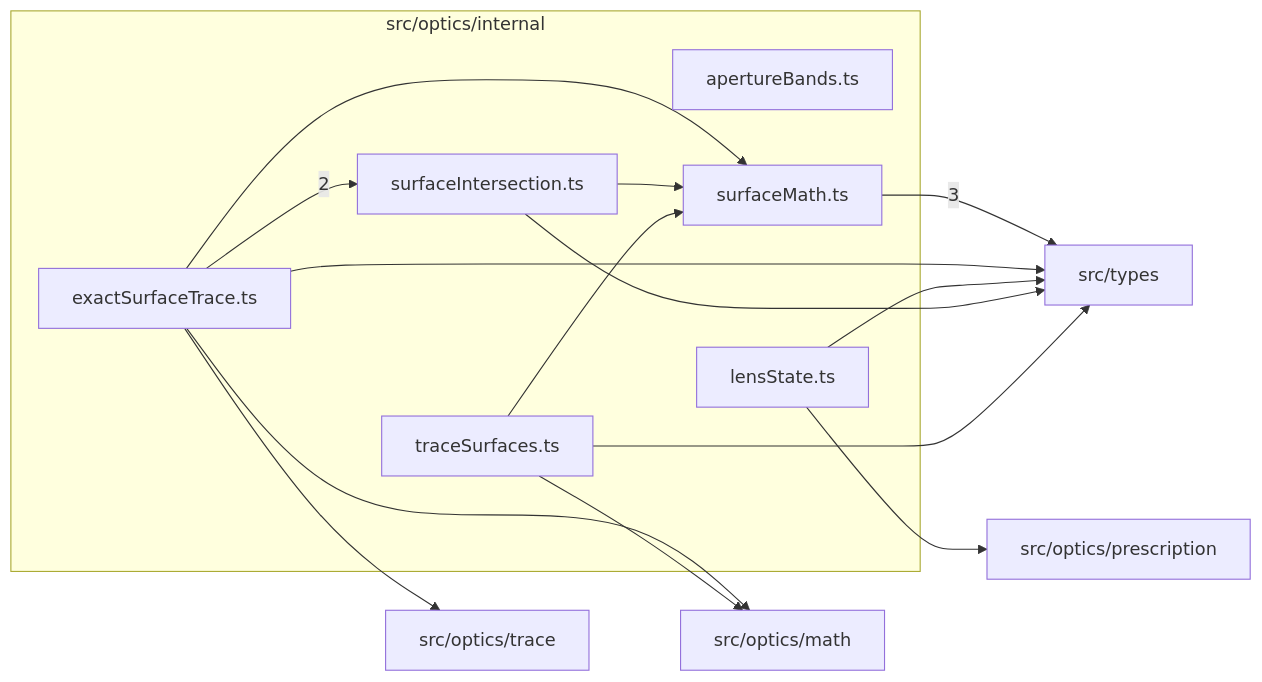
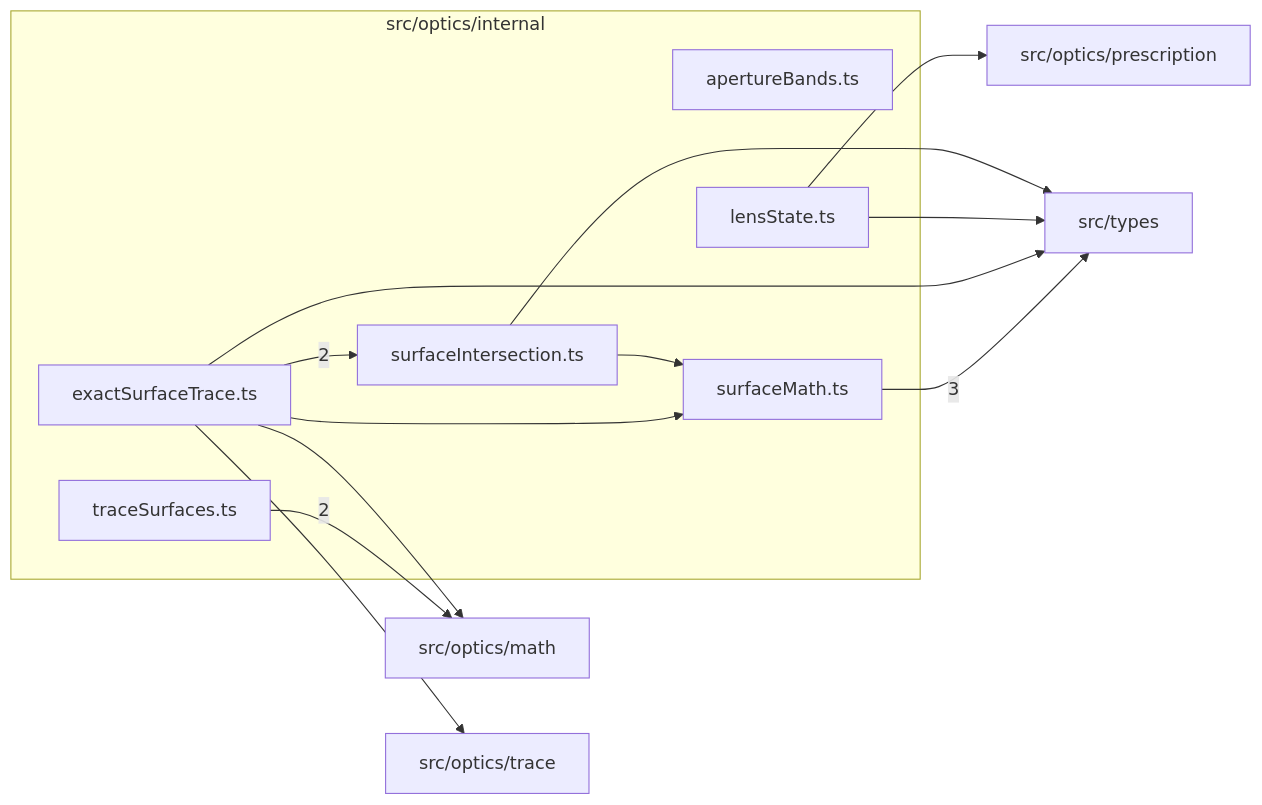
Before and after one commit to ronbuening/LensVisualizer: the diagram in src/optics/internal/readme.md, drawn with Mermaid. The commit also changed other lines of this file and 7 other files, not shown here.

````diff
--- a/src/optics/internal/readme.md
+++ b/src/optics/internal/readme.md
@@ -9,28 +9,26 @@
 ```mermaid
 flowchart LR
   subgraph n_src_optics_internal["src/optics/internal"]
     n_src_optics_internal_src_optics_internal_apertureBands_ts["apertureBands.ts"]
     n_src_optics_internal_src_optics_internal_exactSurfaceTrace_ts["exactSurfaceTrace.ts"]
     n_src_optics_internal_src_optics_internal_lensState_ts["lensState.ts"]
     n_src_optics_internal_src_optics_internal_surfaceIntersection_ts["surfaceIntersection.ts"]
     n_src_optics_internal_src_optics_internal_surfaceMath_ts["surfaceMath.ts"]
     n_src_optics_internal_src_optics_internal_traceSurfaces_ts["traceSurfaces.ts"]
   end
   n_external_src_types["src/types"]
   n_external_src_optics_math["src/optics/math"]
   n_external_src_optics_prescription["src/optics/prescription"]
   n_external_src_optics_trace["src/optics/trace"]
   n_src_optics_internal_src_optics_internal_surfaceMath_ts --> |3| n_external_src_types
+  n_src_optics_internal_src_optics_internal_traceSurfaces_ts --> |2| n_external_src_optics_math
   n_src_optics_internal_src_optics_internal_exactSurfaceTrace_ts --> |2| n_src_optics_internal_src_optics_internal_surfaceIntersection_ts
   n_src_optics_internal_src_optics_internal_exactSurfaceTrace_ts --> n_external_src_optics_math
-  n_src_optics_internal_src_optics_internal_traceSurfaces_ts --> n_external_src_optics_math
   n_src_optics_internal_src_optics_internal_lensState_ts --> n_external_src_optics_prescription
   n_src_optics_internal_src_optics_internal_exactSurfaceTrace_ts --> n_external_src_optics_trace
   n_src_optics_internal_src_optics_internal_exactSurfaceTrace_ts --> n_external_src_types
   n_src_optics_internal_src_optics_internal_lensState_ts --> n_external_src_types
   n_src_optics_internal_src_optics_internal_surfaceIntersection_ts --> n_external_src_types
-  n_src_optics_internal_src_optics_internal_traceSurfaces_ts --> n_external_src_types
   n_src_optics_internal_src_optics_internal_exactSurfaceTrace_ts --> n_src_optics_internal_src_optics_internal_surfaceMath_ts
   n_src_optics_internal_src_optics_internal_surfaceIntersection_ts --> n_src_optics_internal_src_optics_internal_surfaceMath_ts
-  n_src_optics_internal_src_optics_internal_traceSurfaces_ts --> n_src_optics_internal_src_optics_internal_surfaceMath_ts
 ```
````
